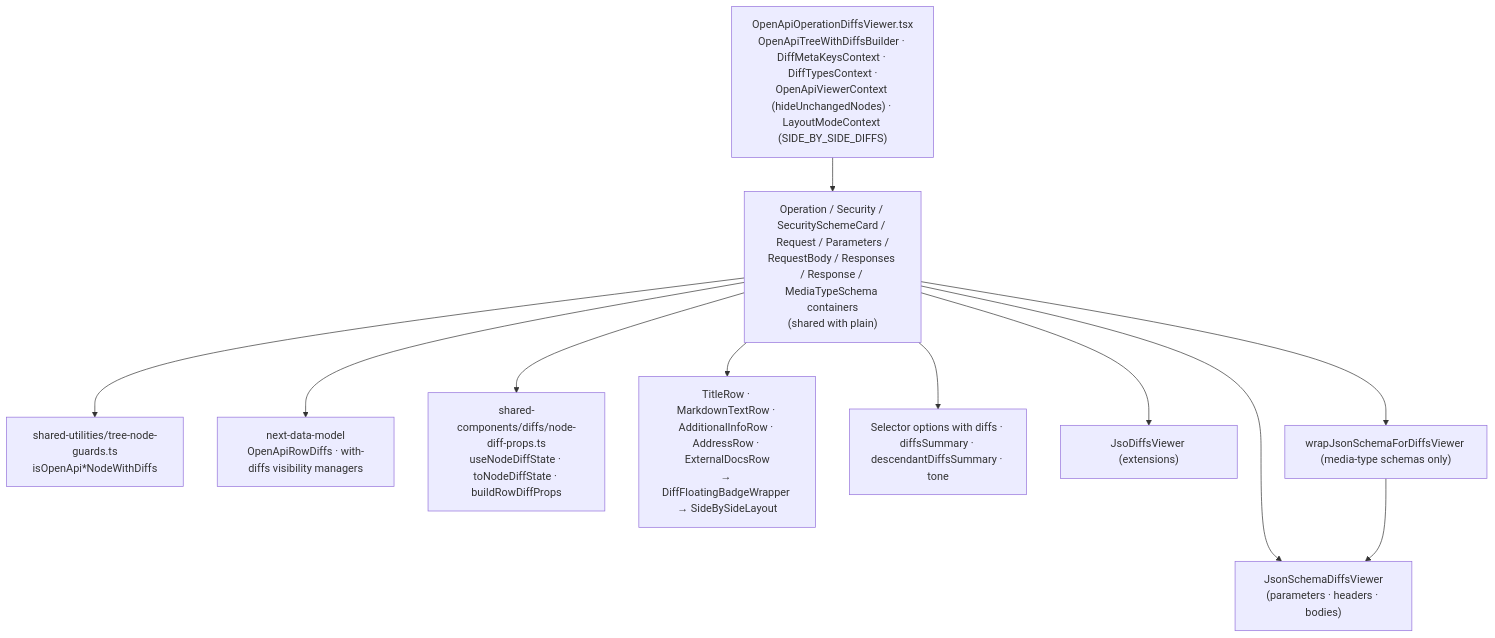
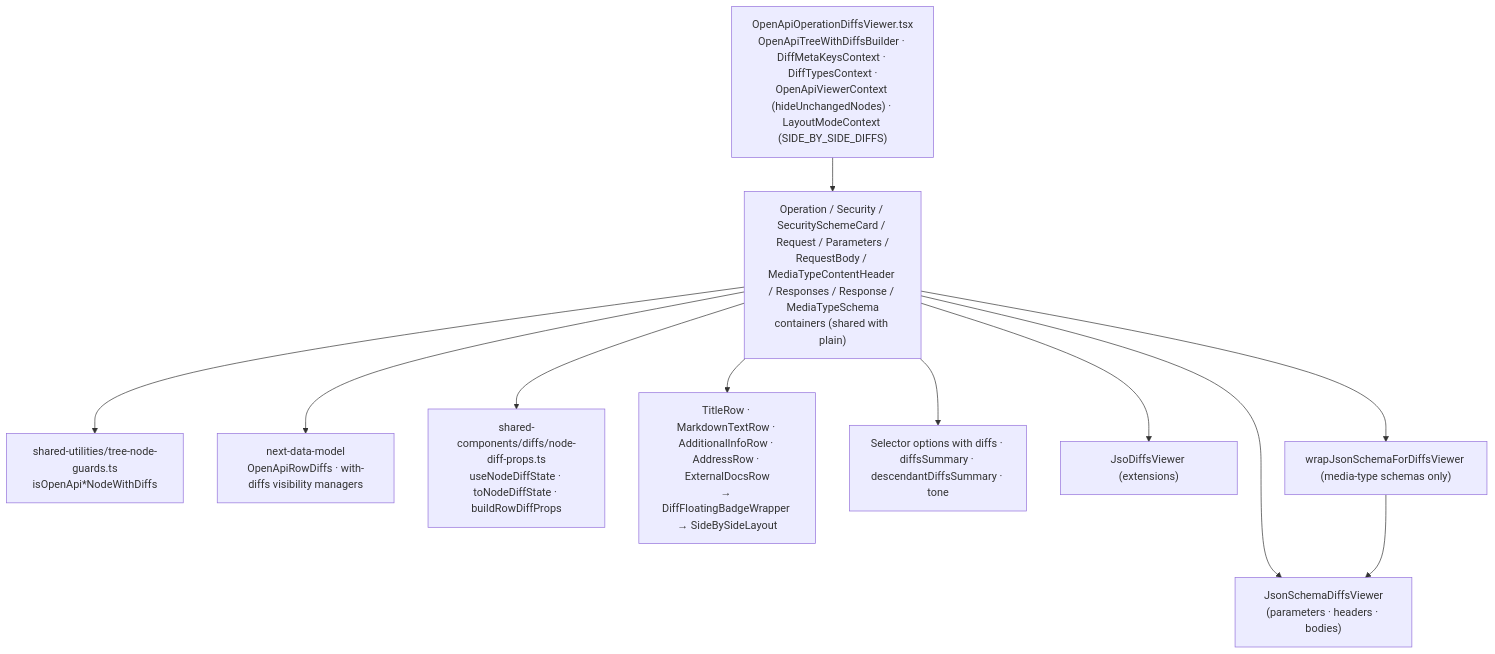
One commit to Netcracker/qubership-apihub-api-doc-viewer changed the diagram in docs/design/openapi/architecture/viewer-with-diffs.md. Above: the diagram before and after it, drawn with Mermaid. The commit also changed 22 other files, not shown here.

````diff
--- a/docs/design/openapi/architecture/viewer-with-diffs.md
+++ b/docs/design/openapi/architecture/viewer-with-diffs.md
@@ -12,24 +12,24 @@
 ```mermaid
 flowchart TB
   RootD["OpenApiOperationDiffsViewer.tsx<br/>OpenApiTreeWithDiffsBuilder · DiffMetaKeysContext · DiffTypesContext ·<br/>OpenApiViewerContext (hideUnchangedNodes) · LayoutModeContext (SIDE_BY_SIDE_DIFFS)"]
-  Containers["Operation / Security / SecuritySchemeCard / Request / Parameters /<br/>RequestBody / Responses / Response / MediaTypeSchema containers<br/>(shared with plain)"]
+  Containers["Operation / Security / SecuritySchemeCard / Request / Parameters /<br/>RequestBody / MediaTypeContentHeader / Responses / Response / MediaTypeSchema<br/>containers (shared with plain)"]
   Guards["shared-utilities/tree-node-guards.ts<br/>isOpenApi*NodeWithDiffs"]
   RowDiffs["next-data-model<br/>OpenApiRowDiffs · with-diffs visibility managers"]
   DiffState["shared-components/diffs/node-diff-props.ts<br/>useNodeDiffState · toNodeDiffState · buildRowDiffProps"]
   Rows["TitleRow · MarkdownTextRow · AdditionalInfoRow · AddressRow · ExternalDocsRow<br/>→ DiffFloatingBadgeWrapper → SideBySideLayout"]
   Selectors["Selector options with diffs · diffsSummary · descendantDiffsSummary · tone"]
   JsonSchemaD["JsonSchemaDiffsViewer<br/>(parameters · headers · bodies)"]
   JsoD["JsoDiffsViewer (extensions)"]
   Wrap["wrapJsonSchemaForDiffsViewer (media-type schemas only)"]
 
   RootD --> Containers
   Containers --> Guards
   Containers --> RowDiffs
   Containers --> DiffState
   Containers --> Rows
   Containers --> Selectors
   Containers --> Wrap
   Containers --> JsonSchemaD
   Wrap --> JsonSchemaD
   Containers --> JsoD
 ```
````
